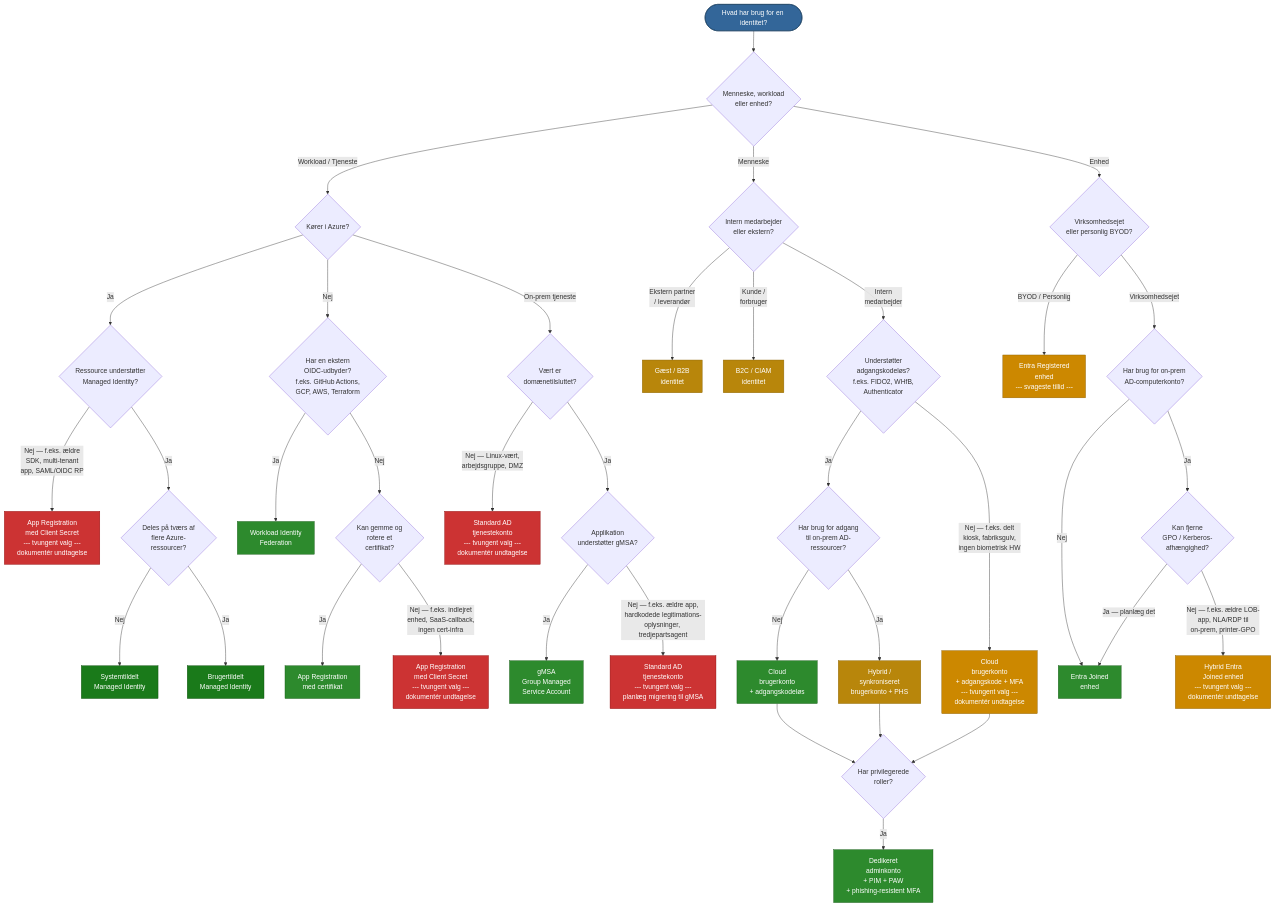
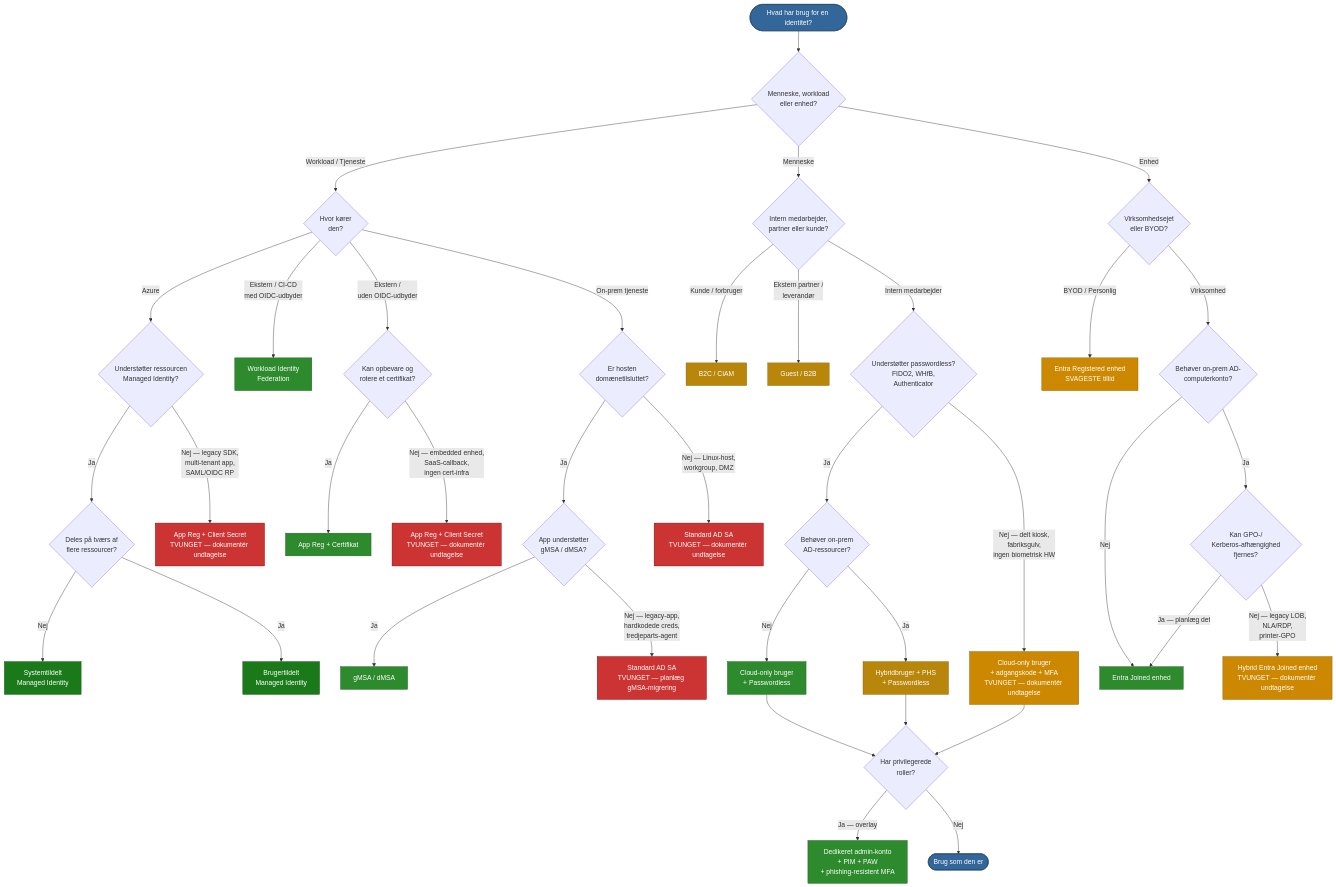
Before and after one commit to FrederikLeed/IdentityTypesAndAuth: the diagram in Entra-AD-Identity-Types-and-Authentication.da.md, drawn with Mermaid. The commit also changed other lines of this file and 9 other files, not shown here.

First line of the commit message:
Restructure decision tree, add dMSA, render mermaid in DOCX

````diff
--- a/Entra-AD-Identity-Types-and-Authentication.da.md
+++ b/Entra-AD-Identity-Types-and-Authentication.da.md
@@ -34,73 +34,66 @@
 ```mermaid
 flowchart TD
-    Start([Hvad har brug for en identitet?]) --> WhoWhat{Menneske, workload<br/>eller enhed?}
+    Start([Hvad har brug for en identitet?]) --> Type{Menneske, workload<br/>eller enhed?}
 
-    %% ── WORKLOAD-GREN ──
-    WhoWhat -->|Workload / Tjeneste| Azure{Kører i Azure?}
+    %% ============ WORKLOAD ============
+    Type -->|Workload / Tjeneste| WLoc{Hvor kører<br/>den?}
 
-    Azure -->|Ja| MIBlock{Ressource understøtter<br/>Managed Identity?}
-
-    MIBlock -->|Nej — f.eks. ældre<br/>SDK, multi-tenant<br/>app, SAML/OIDC RP| APP_SECRET_AZ[App Registration<br/>med Client Secret<br/>--- tvungent valg ---<br/>dokumentér undtagelse]
-
-    MIBlock -->|Ja| Shared{Deles på tværs af<br/>flere Azure-<br/>ressourcer?}
+    WLoc -->|Azure| MIBlock{Understøtter ressourcen<br/>Managed Identity?}
+    MIBlock -->|Ja| Shared{Deles på tværs af<br/>flere ressourcer?}
     Shared -->|Nej| MI_SYS[Systemtildelt<br/>Managed Identity]
     Shared -->|Ja| MI_USER[Brugertildelt<br/>Managed Identity]
+    MIBlock -->|Nej — legacy SDK,<br/>multi-tenant app,<br/>SAML/OIDC RP| APP_SEC_AZ[App Reg + Client Secret<br/>TVUNGET — dokumentér undtagelse]
 
-    Azure -->|Nej| ExtIdP{Har en ekstern<br/>OIDC-udbyder?<br/>f.eks. GitHub Actions,<br/>GCP, AWS, Terraform}
-    ExtIdP -->|Ja| WIF[Workload Identity<br/>Federation]
-    ExtIdP -->|Nej| CertOK{Kan gemme og<br/>rotere et<br/>certifikat?}
-    CertOK -->|Ja| APP_CERT[App Registration<br/>med certifikat]
-    CertOK -->|Nej — f.eks. indlejret<br/>enhed, SaaS-callback,<br/>ingen cert-infra| APP_SECRET[App Registration<br/>med Client Secret<br/>--- tvungent valg ---<br/>dokumentér undtagelse]
+    WLoc -->|Ekstern / CI-CD<br/>med OIDC-udbyder| WIF[Workload Identity<br/>Federation]
 
-    %% ── ON-PREM TJENESTE-UNDERGREN ──
-    Azure -- On-prem tjeneste --> OnPremDomain{Vært er<br/>domænetilsluttet?}
-    OnPremDomain -->|Nej — Linux-vært,<br/>arbejdsgruppe, DMZ| LEGACY_SA_FORCED[Standard AD<br/>tjenestekonto<br/>--- tvungent valg ---<br/>dokumentér undtagelse]
-    OnPremDomain -->|Ja| OnPrem{Applikation<br/>understøtter gMSA?}
-    OnPrem -->|Ja| GMSA[gMSA<br/>Group Managed<br/>Service Account]
-    OnPrem -->|Nej — f.eks. ældre app,<br/>hardkodede legitimations-<br/>oplysninger, tredjepartsagent| LEGACY_SA[Standard AD<br/>tjenestekonto<br/>--- tvungent valg ---<br/>planlæg migrering til gMSA]
+    WLoc -->|Ekstern /<br/>uden OIDC-udbyder| CertOK{Kan opbevare og<br/>rotere et certifikat?}
+    CertOK -->|Ja| APP_CERT[App Reg + Certifikat]
+    CertOK -->|Nej — embedded enhed,<br/>SaaS-callback,<br/>ingen cert-infra| APP_SEC[App Reg + Client Secret<br/>TVUNGET — dokumentér undtagelse]
 
-    %% ── MENNESKE-GREN ──
-    WhoWhat -->|Menneske| HumanType{Intern medarbejder<br/>eller ekstern?}
+    WLoc -->|On-prem tjeneste| OPDom{Er hosten<br/>domænetilsluttet?}
+    OPDom -->|Ja| GMSAOK{App understøtter<br/>gMSA / dMSA?}
+    GMSAOK -->|Ja| GMSA[gMSA / dMSA]
+    GMSAOK -->|Nej — legacy-app,<br/>hardkodede creds,<br/>tredjeparts-agent| LSA[Standard AD SA<br/>TVUNGET — planlæg gMSA-migrering]
+    OPDom -->|Nej — Linux-host,<br/>workgroup, DMZ| LSA_F[Standard AD SA<br/>TVUNGET — dokumentér undtagelse]
 
-    HumanType -->|Ekstern partner<br/>/ leverandør| GUEST[Gæst / B2B<br/>identitet]
-    HumanType -->|Kunde /<br/>forbruger| B2C[B2C / CIAM<br/>identitet]
+    %% ============ MENNESKE ============
+    Type -->|Menneske| Who{Intern medarbejder,<br/>partner eller kunde?}
+    Who -->|Kunde / forbruger| B2C[B2C / CIAM]
+    Who -->|Ekstern partner /<br/>leverandør| GUEST[Guest / B2B]
+    Who -->|Intern medarbejder| PWless{Understøtter passwordless?<br/>FIDO2, WHfB,<br/>Authenticator}
 
-    HumanType -->|Intern<br/>medarbejder| PwdlessOK{Understøtter<br/>adgangskodeløs?<br/>f.eks. FIDO2, WHfB,<br/>Authenticator}
-    PwdlessOK -->|Nej — f.eks. delt<br/>kiosk, fabriksgulv,<br/>ingen biometrisk HW| CLOUD_PWD[Cloud<br/>brugerkonto<br/>+ adgangskode + MFA<br/>--- tvungent valg ---<br/>dokumentér undtagelse]
-    PwdlessOK -->|Ja| OnPremNeeded{Har brug for adgang<br/>til on-prem AD-<br/>ressourcer?}
-    OnPremNeeded -->|Nej| CLOUD[Cloud<br/>brugerkonto<br/>+ adgangskodeløs]
-    OnPremNeeded -->|Ja| HYBRID[Hybrid /<br/>synkroniseret<br/>brugerkonto + PHS]
+    PWless -->|Ja| OnPremNeed{Behøver on-prem<br/>AD-ressourcer?}
+    OnPremNeed -->|Nej| CLOUD[Cloud-only bruger<br/>+ Passwordless]
+    OnPremNeed -->|Ja| HYBRID[Hybridbruger + PHS<br/>+ Passwordless]
+    PWless -->|Nej — delt kiosk,<br/>fabriksgulv,<br/>ingen biometrisk HW| CLOUD_PWD[Cloud-only bruger<br/>+ adgangskode + MFA<br/>TVUNGET — dokumentér undtagelse]
 
     CLOUD --> Priv{Har privilegerede<br/>roller?}
     HYBRID --> Priv
     CLOUD_PWD --> Priv
+    Priv -->|Ja — overlay| PRIV[Dedikeret admin-konto<br/>+ PIM + PAW<br/>+ phishing-resistent MFA]
+    Priv -->|Nej| Std([Brug som den er])
 
-    Priv -->|Ja| PRIV_ACC[Dedikeret<br/>adminkonto<br/>+ PIM + PAW<br/>+ phishing-resistent MFA]
-
-    %% ── ENHEDS-GREN ──
-    WhoWhat -->|Enhed| DevOwner{Virksomhedsejet<br/>eller personlig BYOD?}
-
-    DevOwner -->|BYOD / Personlig| REGISTERED[Entra Registered<br/>enhed<br/>--- svageste tillid ---]
-
-    DevOwner -->|Virksomhedsejet| DevOnPrem{Har brug for on-prem<br/>AD-computerkonto?}
-    DevOnPrem -->|Nej| ENTRA_JOIN[Entra Joined<br/>enhed]
-    DevOnPrem -->|Ja| DevCanMigrate{Kan fjerne<br/>GPO / Kerberos-<br/>afhængighed?}
-    DevCanMigrate -->|Ja — planlæg det| ENTRA_JOIN
-    DevCanMigrate -->|Nej — f.eks. ældre LOB-<br/>app, NLA/RDP til<br/>on-prem, printer-GPO| HYBRID_JOIN[Hybrid Entra<br/>Joined enhed<br/>--- tvungent valg ---<br/>dokumentér undtagelse]
+    %% ============ ENHED ============
+    Type -->|Enhed| DOwn{Virksomhedsejet<br/>eller BYOD?}
+    DOwn -->|BYOD / Personlig| REG[Entra Registered enhed<br/>SVAGESTE tillid]
+    DOwn -->|Virksomhed| DOnPrem{Behøver on-prem AD-<br/>computerkonto?}
+    DOnPrem -->|Nej| EJ[Entra Joined enhed]
+    DOnPrem -->|Ja| Migrate{Kan GPO-/<br/>Kerberos-afhængighed<br/>fjernes?}
+    Migrate -->|Ja — planlæg det| EJ
+    Migrate -->|Nej — legacy LOB,<br/>NLA/RDP,<br/>printer-GPO| HJ[Hybrid Entra Joined enhed<br/>TVUNGET — dokumentér undtagelse]
 
     %% ── STILARTER ──
     classDef best fill:#1a7a1a,stroke:#0d4d0d,color:#fff
     classDef good fill:#2d8a2d,stroke:#1a5c1a,color:#fff
     classDef ok fill:#b8860b,stroke:#8b6508,color:#fff
     classDef avoid fill:#cc3333,stroke:#8b0000,color:#fff
     classDef transition fill:#cc8800,stroke:#8b5e00,color:#fff
     classDef neutral fill:#336699,stroke:#1a3d5c,color:#fff
 
     class MI_SYS,MI_USER best
-    class WIF,CLOUD good
-    class GMSA,APP_CERT,ENTRA_JOIN,PRIV_ACC good
+    class WIF,CLOUD,GMSA,APP_CERT,EJ,PRIV good
     class HYBRID,GUEST,B2C ok
-    class APP_SECRET,LEGACY_SA,LEGACY_SA_FORCED,APP_SECRET_AZ avoid
-    class HYBRID_JOIN,REGISTERED,CLOUD_PWD transition
-    class Start neutral
+    class APP_SEC,APP_SEC_AZ,LSA,LSA_F avoid
+    class HJ,REG,CLOUD_PWD transition
+    class Start,Std neutral
 ```
````
